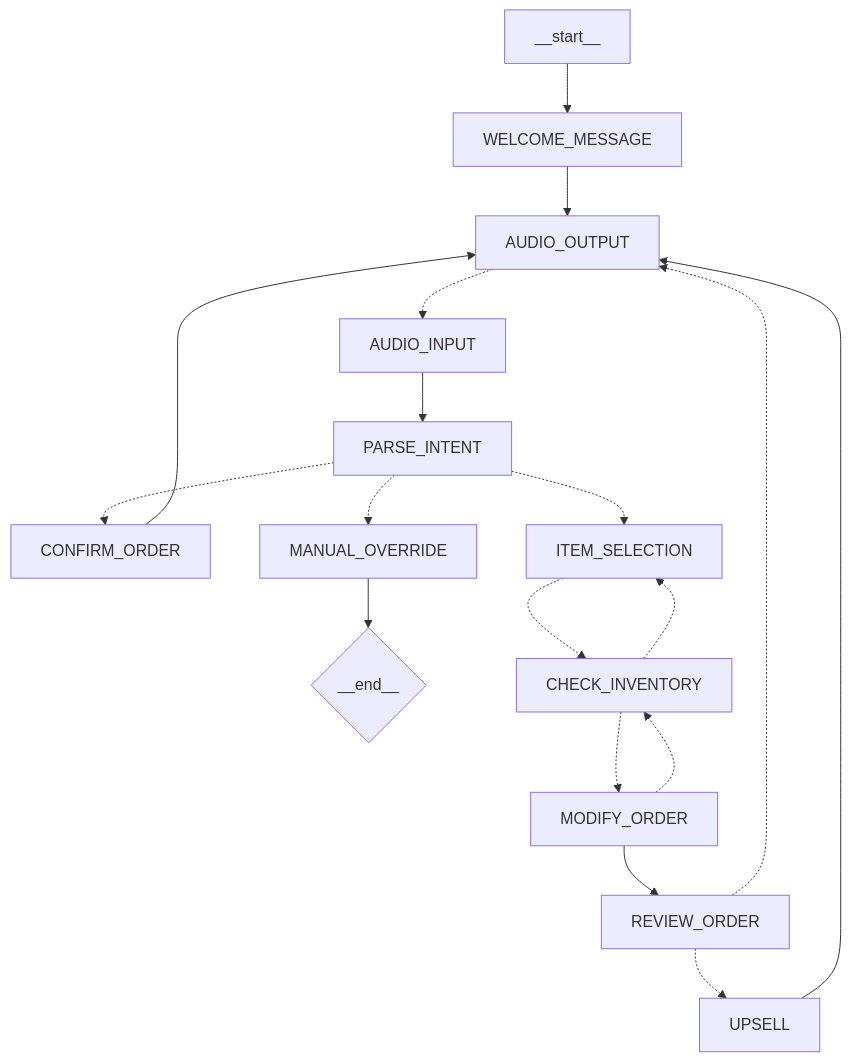
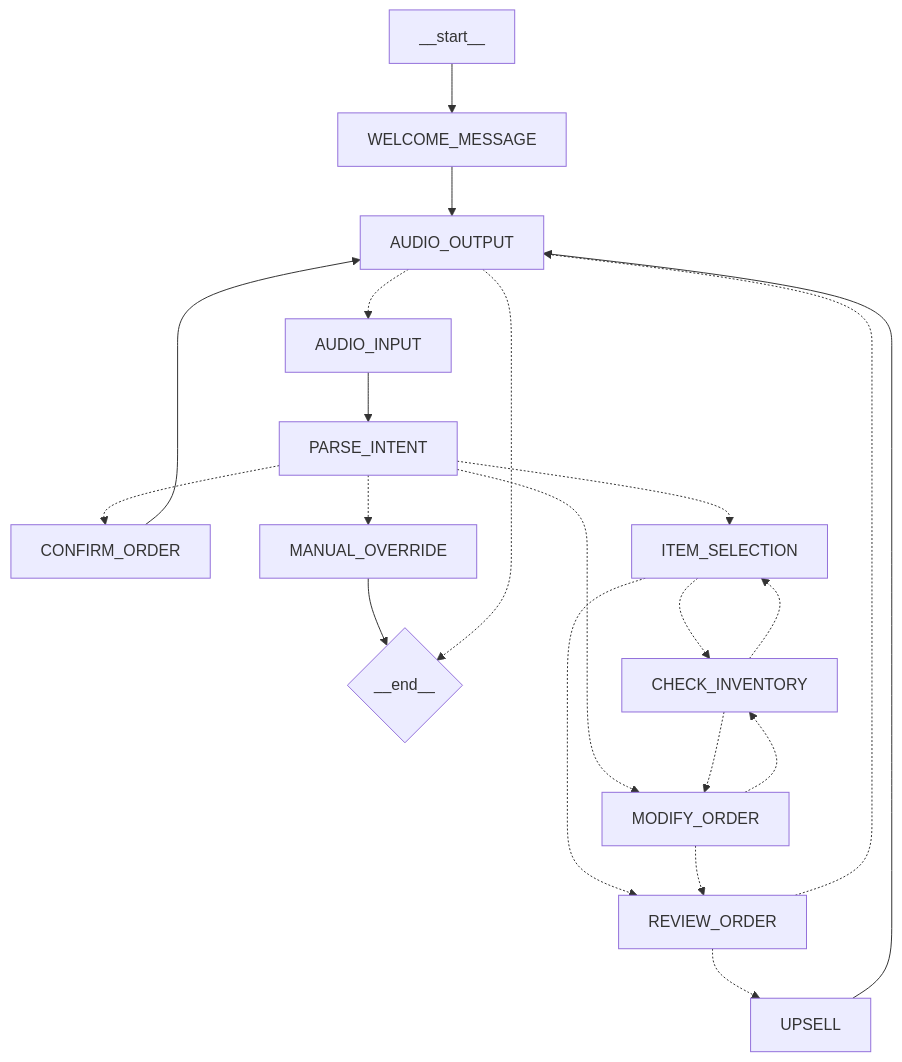
Before and after one commit to ConceptCodes/ai-order-entry: the diagram in README.md, drawn with Mermaid. The commit also changed other lines of this file, not shown here.

Commit message:
docs: Update README to improve architecture diagram clarity and refine database seeding instructions

````diff
--- a/README.md
+++ b/README.md
@@ -7,20 +7,23 @@
 ```mermaid
 graph TD
-    Start[__start__] --> WelcomeMessage[WELCOME_MESSAGE];
-    WelcomeMessage --> AudioOutput[AUDIO_OUTPUT];
-    AudioOutput -.-> AudioInput[AUDIO_INPUT];
-    AudioInput --> ParseIntent[PARSE_INTENT];
-    ParseIntent -.-> ConfirmOrder[CONFIRM_ORDER];
-    ParseIntent -.-> ManualOverride[MANUAL_OVERRIDE];
-    ParseIntent -.-> ItemSelection[ITEM_SELECTION];
-    ConfirmOrder --> AudioOutput;
-    ManualOverride --> End{__end__};
-    ItemSelection -.-> CheckInventory[CHECK_INVENTORY];
-    CheckInventory -.-> ItemSelection;
-    CheckInventory -.-> ModifyOrder[MODIFY_ORDER];
-    ModifyOrder -.-> CheckInventory;
-    ModifyOrder --> ReviewOrder[REVIEW_ORDER];
-    ReviewOrder -.-> Upsell[UPSELL];
-    ReviewOrder -.-> AudioOutput;
-    Upsell --> AudioOutput;
+  Start[__start__] --> WelcomeMessage[WELCOME_MESSAGE];
+  WelcomeMessage --> AudioOutput[AUDIO_OUTPUT];
+  AudioOutput -.-> AudioInput[AUDIO_INPUT];
+  AudioInput --> ParseIntent[PARSE_INTENT];
+  ParseIntent -.-> ConfirmOrder[CONFIRM_ORDER];
+  ParseIntent -.-> ManualOverride[MANUAL_OVERRIDE];
+  ParseIntent -.-> ItemSelection[ITEM_SELECTION];
+  ParseIntent -.-> ModifyOrder[MODIFY_ORDER];
+  ConfirmOrder --> AudioOutput;
+  ManualOverride --> End{__end__};
+  ItemSelection -.-> CheckInventory[CHECK_INVENTORY];
+  ItemSelection -.-> ReviewOrder[REVIEW_ORDER];
+  CheckInventory -.-> ItemSelection;
+  CheckInventory -.-> ModifyOrder[MODIFY_ORDER];
+  ModifyOrder -.-> CheckInventory;
+  ModifyOrder -.-> ReviewOrder[REVIEW_ORDER];
+  ReviewOrder -.-> Upsell[UPSELL];
+  ReviewOrder -.-> AudioOutput;
+  Upsell --> AudioOutput;
+  AudioOutput -.->  End{__end__};
 ```
````
